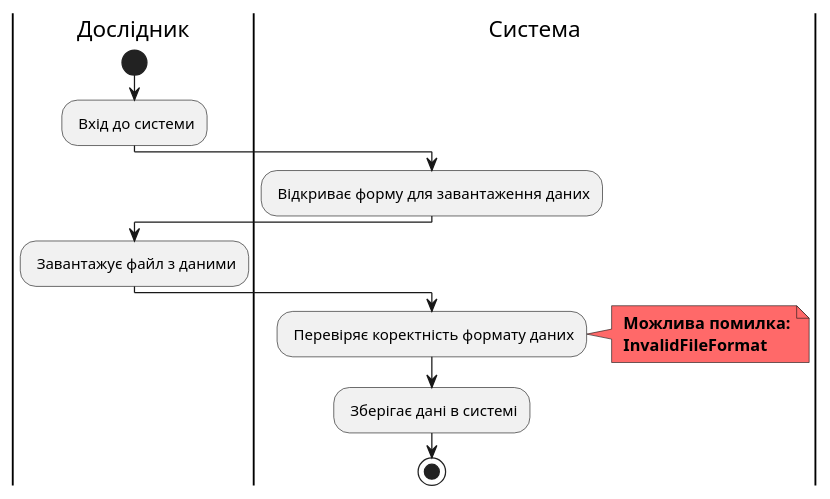
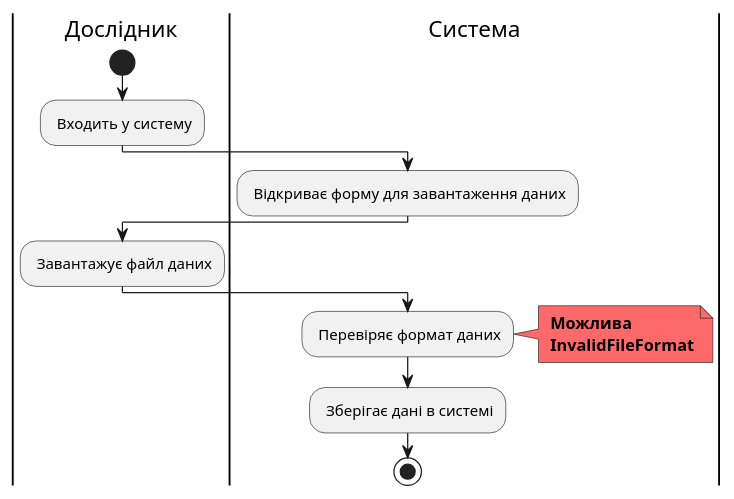
One commit to tyntyntynnnn/edu_db_labs changed diagram 13 of 14 in docs/use cases/README.md. Above: the diagram before and after it, drawn with PlantUML. The commit also changed other lines of this file, not shown here.

```diff
--- a/docs/use cases/README.md
+++ b/docs/use cases/README.md
@@ -591,24 +524,24 @@
 @startuml
 
-|Дослідник|
-start;
-: Вхід до системи;
-
-|Система|
-: Відкриває форму для завантаження даних;
-
-|Дослідник|
-: Завантажує файл з даними;
-
-|Система|
-: Перевіряє коректність формату даних;
-note right #FF6969
-<b> Можлива помилка:
-<b> InvalidFileFormat
-end note
-
-: Зберігає дані в системі;
-
-stop;
+    |Дослідник|
+    start;
+    : Входить у систему;
+    
+    |Система|
+    : Відкриває форму для завантаження даних;
+    
+    |Дослідник|
+    : Завантажує файл даних;
+    
+    |Система|
+    : Перевіряє формат даних;
+    note right #FF6969
+    <b> Можлива
+    <b> InvalidFileFormat
+    end note
+    
+    : Зберігає дані в системі;
+    
+    stop;
 
 @enduml
```
